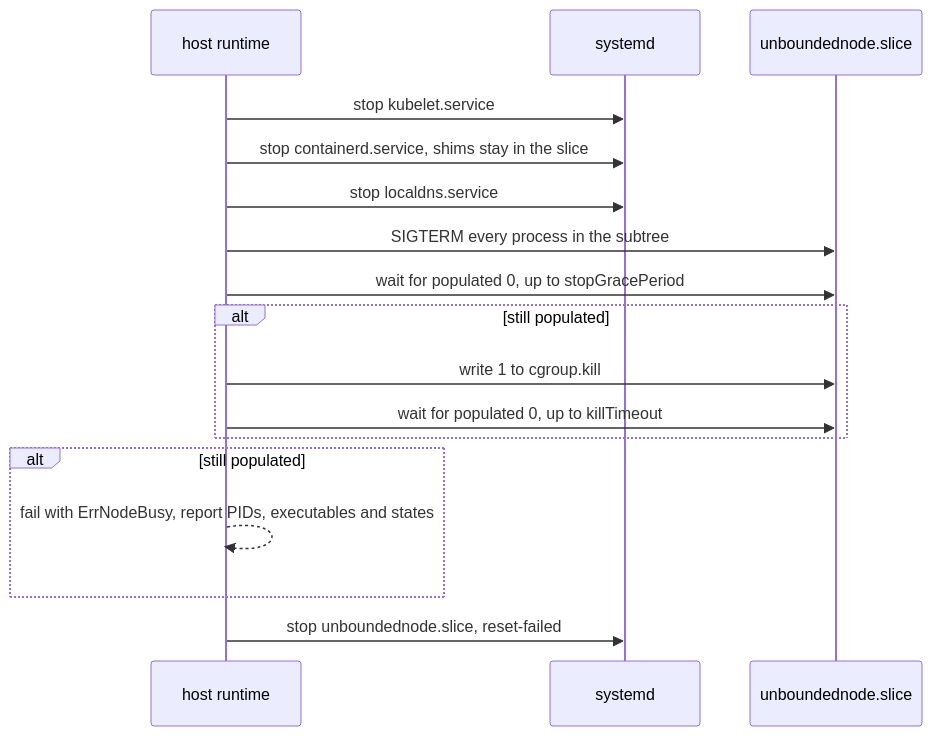
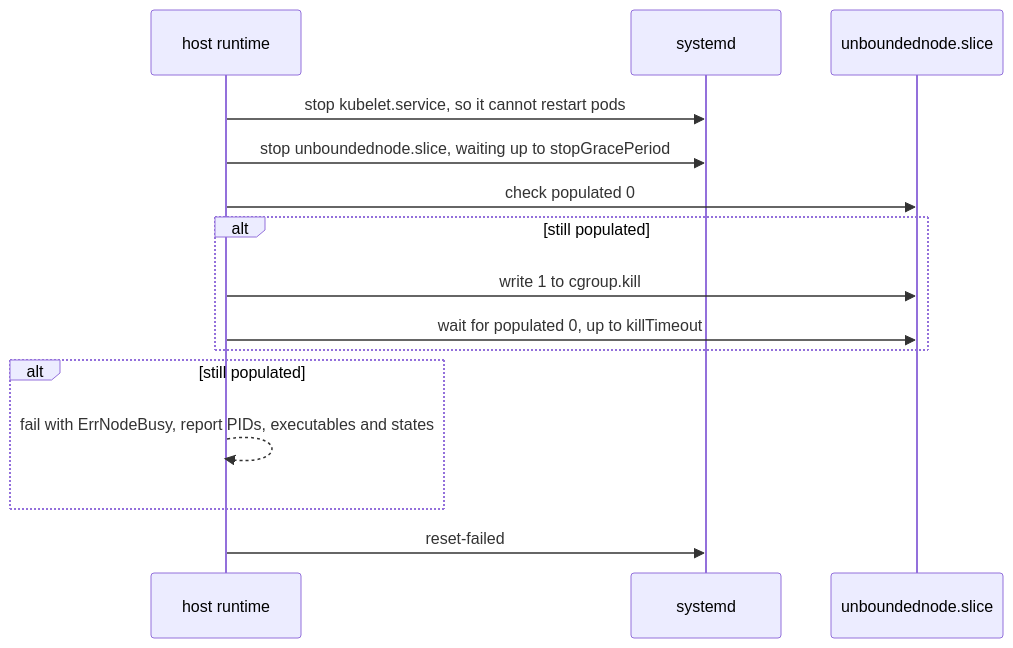
The second of 4 diagrams in designs/agent-v2-host-runtime.md (Azure/unbounded), drawn with Mermaid before and after one commit. The commit also changed other lines of this file and 1 other file, not shown here.

````diff
--- a/designs/agent-v2-host-runtime.md
+++ b/designs/agent-v2-host-runtime.md
@@ -175,19 +185,17 @@
 ```mermaid
 sequenceDiagram
   participant HR as host runtime
   participant SD as systemd
   participant CG as unboundednode.slice
-  HR->>SD: stop kubelet.service
-  HR->>SD: stop containerd.service, shims stay in the slice
-  HR->>SD: stop localdns.service
-  HR->>CG: SIGTERM every process in the subtree
-  HR->>CG: wait for populated 0, up to stopGracePeriod
+  HR->>SD: stop kubelet.service, so it cannot restart pods
+  HR->>SD: stop unboundednode.slice, waiting up to stopGracePeriod
+  HR->>CG: check populated 0
   alt still populated
     HR->>CG: write 1 to cgroup.kill
     HR->>CG: wait for populated 0, up to killTimeout
   end
   alt still populated
     HR-->>HR: fail with ErrNodeBusy, report PIDs, executables and states
   end
-  HR->>SD: stop unboundednode.slice, reset-failed
+  HR->>SD: reset-failed
 ```
````
